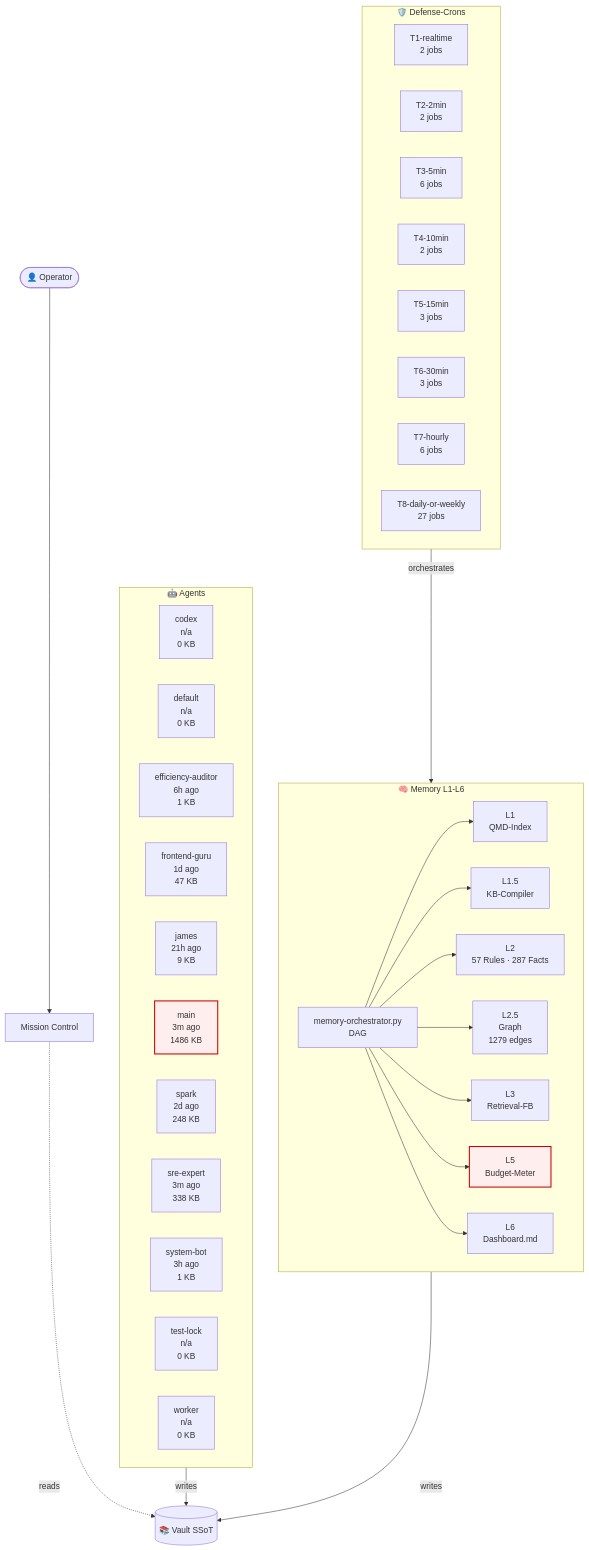
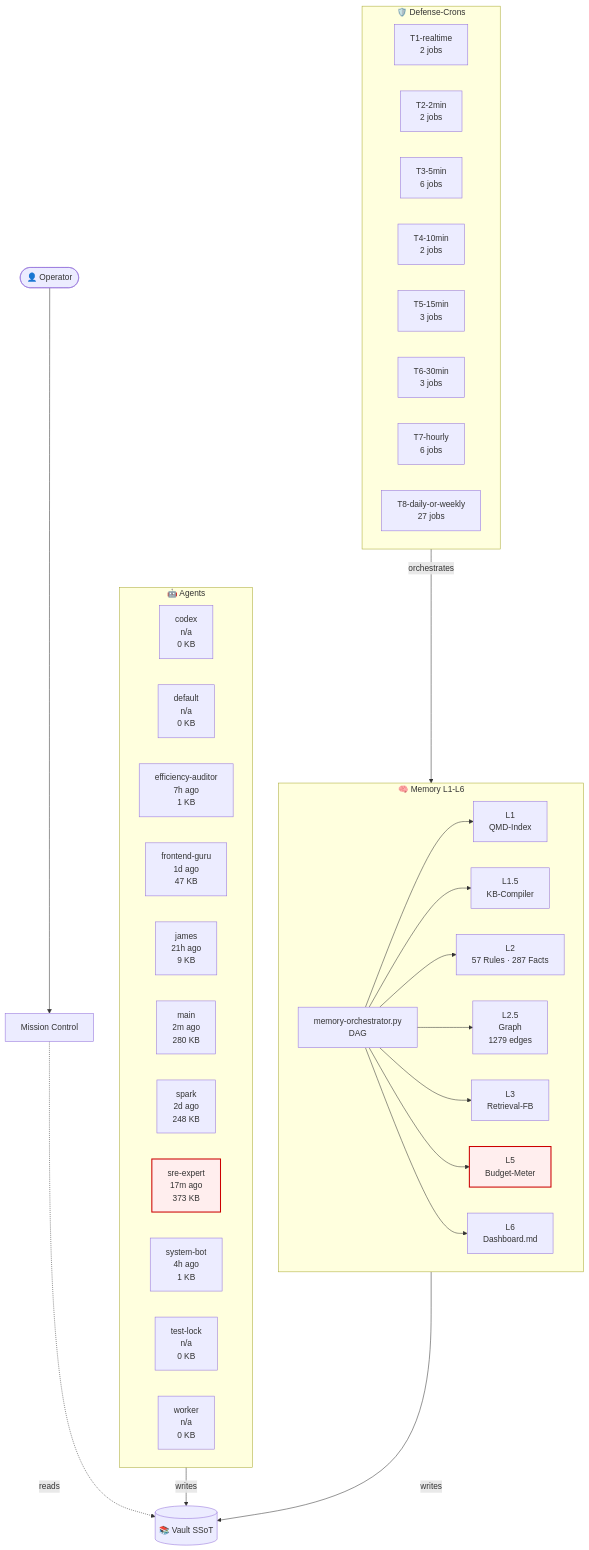
One commit to lenardhuebner88-rgb/openclaw-memory changed the diagram in 03-Agents/architecture-live.md. Above: the diagram before and after it, drawn with Mermaid. The commit also changed other lines of this file and 16 other files, not shown here.

````diff
--- a/03-Agents/architecture-live.md
+++ b/03-Agents/architecture-live.md
@@ -18,54 +18,54 @@
 ```mermaid
 flowchart TB
     classDef critical fill:#fee,stroke:#c00,stroke-width:2px;
     subgraph AGT["🤖 Agents"]
         agent_codex["codex<br/>n/a<br/>0 KB"]
         agent_default["default<br/>n/a<br/>0 KB"]
-        agent_efficiency_auditor["efficiency-auditor<br/>6h ago<br/>1 KB"]
+        agent_efficiency_auditor["efficiency-auditor<br/>7h ago<br/>1 KB"]
         agent_frontend_guru["frontend-guru<br/>1d ago<br/>47 KB"]
         agent_james["james<br/>21h ago<br/>9 KB"]
-        agent_main["main<br/>3m ago<br/>1486 KB"]
+        agent_main["main<br/>2m ago<br/>280 KB"]
         agent_spark["spark<br/>2d ago<br/>248 KB"]
-        agent_sre_expert["sre-expert<br/>3m ago<br/>338 KB"]
-        agent_system_bot["system-bot<br/>3h ago<br/>1 KB"]
+        agent_sre_expert["sre-expert<br/>17m ago<br/>373 KB"]
+        agent_system_bot["system-bot<br/>4h ago<br/>1 KB"]
         agent_test_lock["test-lock<br/>n/a<br/>0 KB"]
         agent_worker["worker<br/>n/a<br/>0 KB"]
     end
     subgraph MEM["🧠 Memory L1-L6"]
         L1["L1<br/>QMD-Index"]
         L15["L1.5<br/>KB-Compiler"]
         L2["L2<br/>57 Rules · 287 Facts"]
         L25["L2.5<br/>Graph<br/>1279 edges"]
         L3["L3<br/>Retrieval-FB"]
         L5["L5<br/>Budget-Meter"]
         L6["L6<br/>Dashboard.md"]
         ORCH["memory-orchestrator.py<br/>DAG"]
     end
     subgraph CRN["🛡️ Defense-Crons"]
         tier_T1_realtime["T1-realtime<br/>2 jobs"]
         tier_T2_2min["T2-2min<br/>2 jobs"]
         tier_T3_5min["T3-5min<br/>6 jobs"]
         tier_T4_10min["T4-10min<br/>2 jobs"]
         tier_T5_15min["T5-15min<br/>3 jobs"]
         tier_T6_30min["T6-30min<br/>3 jobs"]
         tier_T7_hourly["T7-hourly<br/>6 jobs"]
         tier_T8_daily_or_weekly["T8-daily-or-weekly<br/>27 jobs"]
     end
     VAULT[("📚 Vault SSoT")]
     OP([👤 Operator])
     MC["Mission Control"]
     OP --> MC
     MC -.reads.-> VAULT
     AGT -->|writes| VAULT
     MEM -->|writes| VAULT
     ORCH --> L1
     ORCH --> L15
     ORCH --> L2
     ORCH --> L25
     ORCH --> L3
     ORCH --> L5
     ORCH --> L6
     CRN -->|orchestrates| MEM
     class L5 critical
-    class agent_main critical
+    class agent_sre_expert critical
 ```
````
